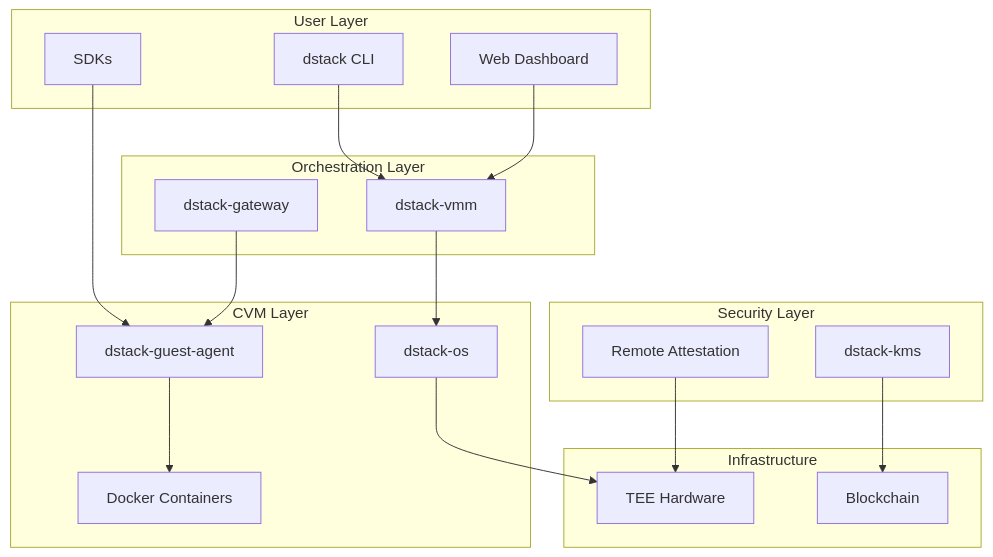
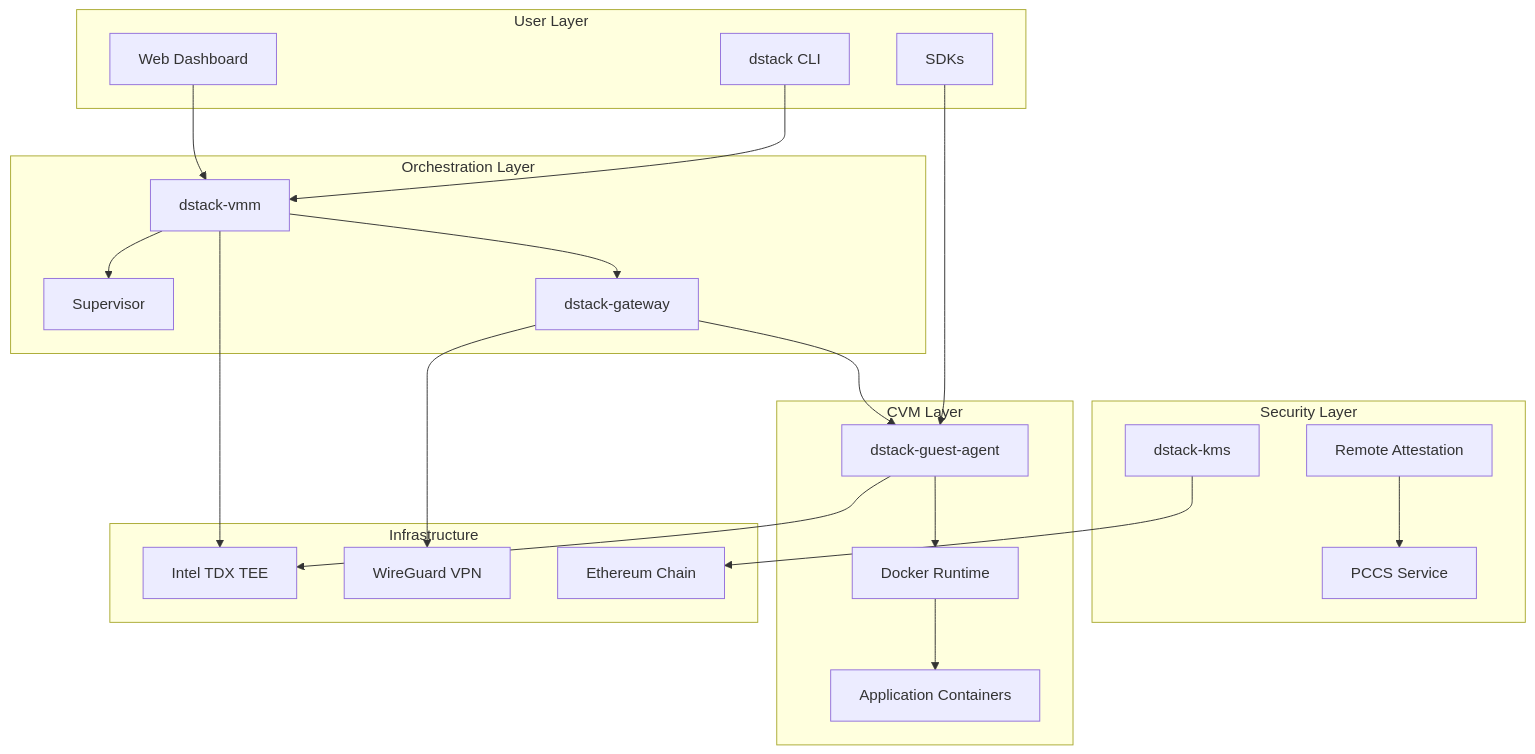
Before and after one commit to Dstack-TEE/dstack: the first of 13 diagrams in docs/concepts/architecture.mdx, drawn with Mermaid. The commit also changed other lines of this file and 32 other files, not shown here.

````diff
--- a/docs/concepts/architecture.mdx
+++ b/docs/concepts/architecture.mdx
@@ -14,39 +122,46 @@
 ```mermaid
 graph TB
     subgraph "User Layer"
         CLI[dstack CLI]
-        WebUI[Web Dashboard]
+        WebUI[Web Dashboard] 
         SDK[SDKs]
     end
     
     subgraph "Orchestration Layer"
         VMM[dstack-vmm]
+        SUP[Supervisor]
         Gateway[dstack-gateway]
     end
     
     subgraph "Security Layer"
         KMS[dstack-kms]
         RA[Remote Attestation]
+        PCCS[PCCS Service]
     end
     
     subgraph "CVM Layer"
-        OS[dstack-os]
-        Agent[dstack-guest-agent]
-        Containers[Docker Containers]
+        GA[dstack-guest-agent]
+        Docker[Docker Runtime]
+        Apps[Application Containers]
     end
     
     subgraph "Infrastructure"
-        TEE[TEE Hardware]
-        Blockchain[Blockchain]
+        TDX[Intel TDX TEE]
+        WG[WireGuard VPN]
+        Blockchain[Ethereum Chain]
     end
     
     CLI --> VMM
     WebUI --> VMM
-    SDK --> Agent
-    VMM --> OS
-    Gateway --> Agent
+    SDK --> GA
+    VMM --> SUP
+    VMM --> Gateway
+    Gateway --> GA
     KMS --> Blockchain
-    Agent --> Containers
-    OS --> TEE
-    RA --> TEE
+    GA --> Docker
+    Docker --> Apps
+    VMM --> TDX
+    Gateway --> WG
+    GA --> TDX
+    RA --> PCCS
 ```
````
